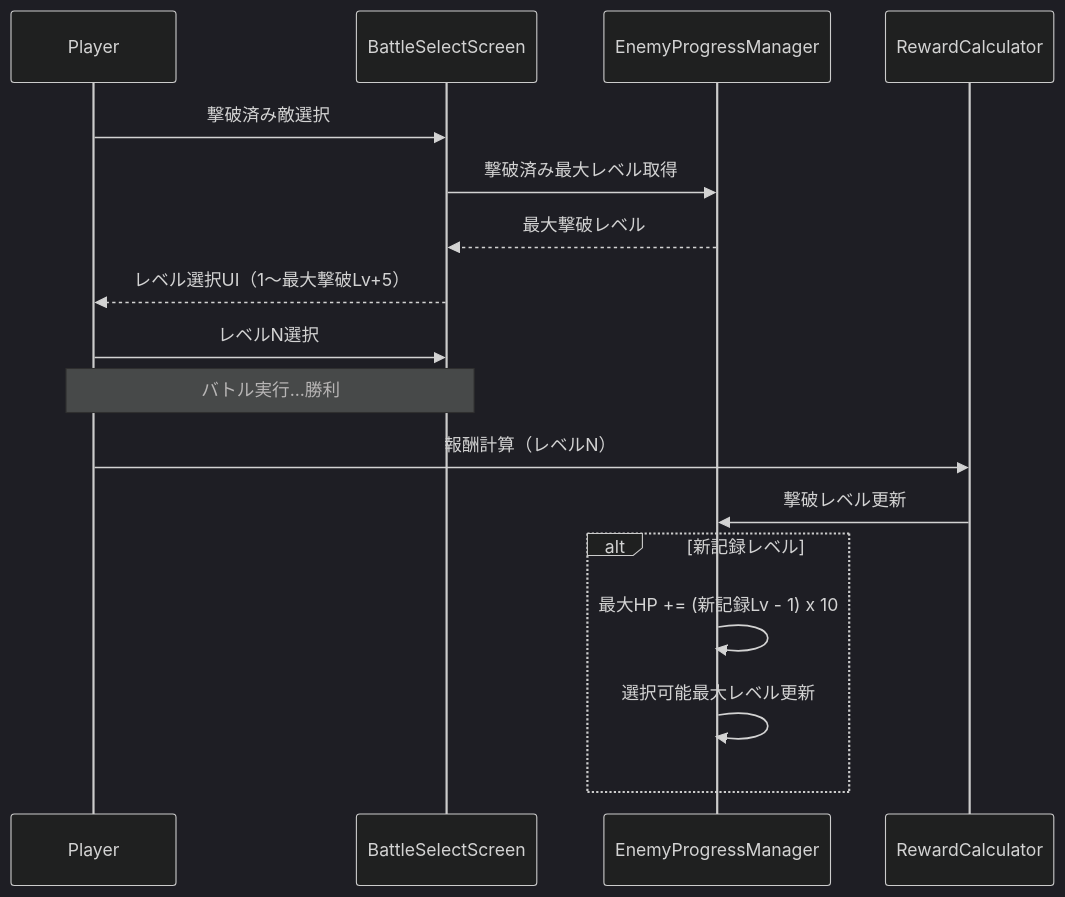
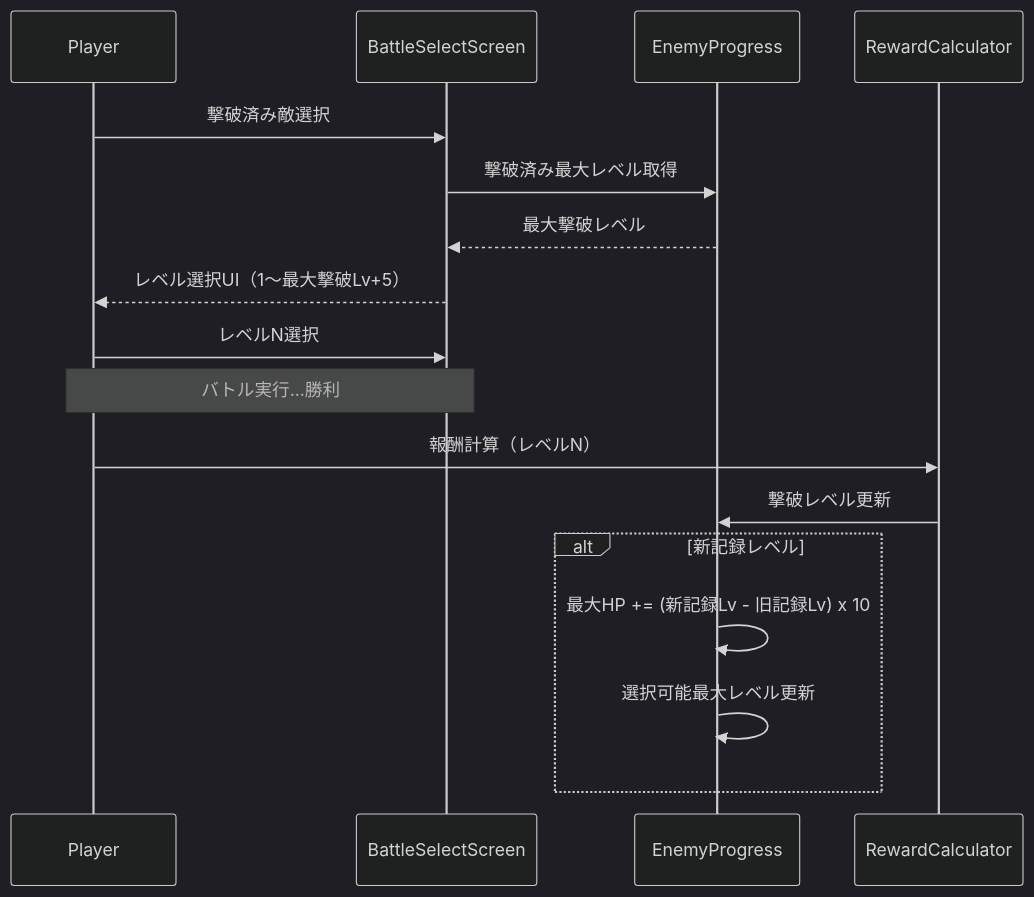
One commit to hirorocky/BlitzTypingOperator changed the third of 4 diagrams in .kiro/specs/core-level-removal/design.md. Above: the diagram before and after it, drawn with Mermaid (dark theme). The commit also changed other lines of this file and 6 other files, not shown here.

````diff
--- a/.kiro/specs/core-level-removal/design.md
+++ b/.kiro/specs/core-level-removal/design.md
@@ -153,20 +156,20 @@
 ```mermaid
 sequenceDiagram
     participant P as Player
     participant BS as BattleSelectScreen
-    participant PM as EnemyProgressManager
+    participant EP as EnemyProgress
     participant R as RewardCalculator
 
     P->>BS: 撃破済み敵選択
-    BS->>PM: 撃破済み最大レベル取得
-    PM-->>BS: 最大撃破レベル
+    BS->>EP: 撃破済み最大レベル取得
+    EP-->>BS: 最大撃破レベル
     BS-->>P: レベル選択UI（1〜最大撃破Lv+5）
     P->>BS: レベルN選択
     Note over P,BS: バトル実行...勝利
     P->>R: 報酬計算（レベルN）
-    R->>PM: 撃破レベル更新
+    R->>EP: 撃破レベル更新
     alt 新記録レベル
-        PM->>PM: 最大HP += (新記録Lv - 1) x 10
-        PM->>PM: 選択可能最大レベル更新
+        EP->>EP: 最大HP += (新記録Lv - 旧記録Lv) x 10
+        EP->>EP: 選択可能最大レベル更新
     end
 ```
````
